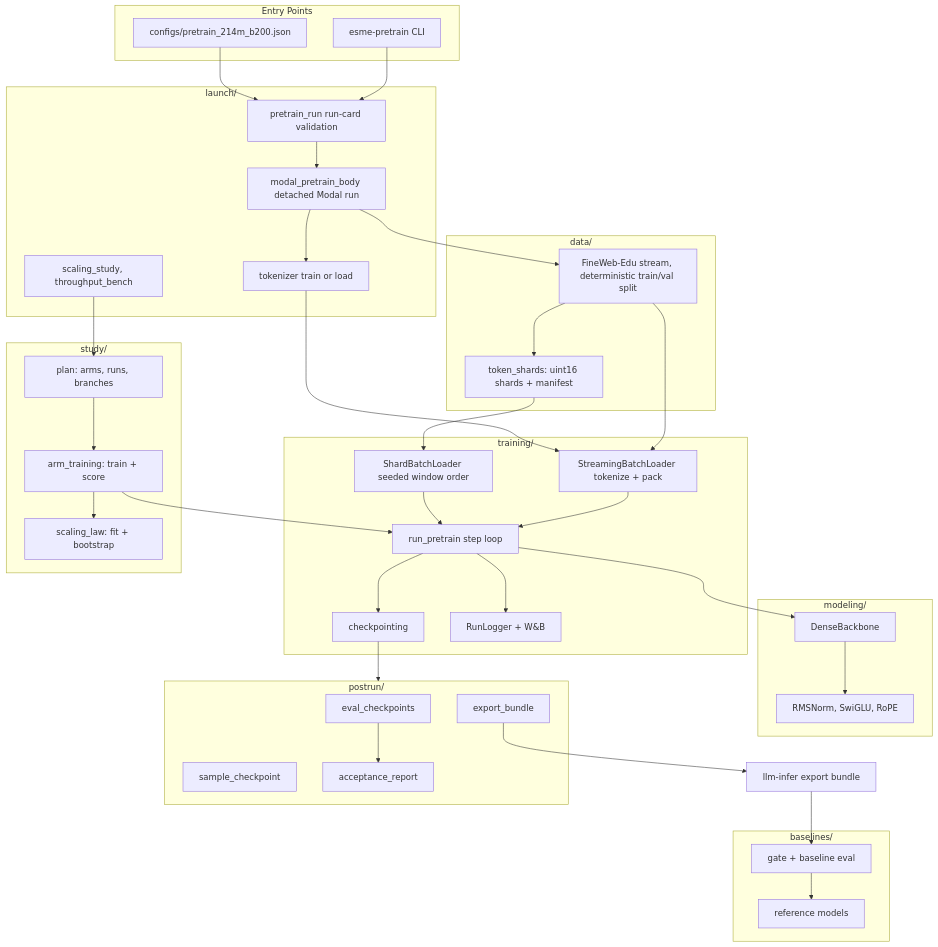
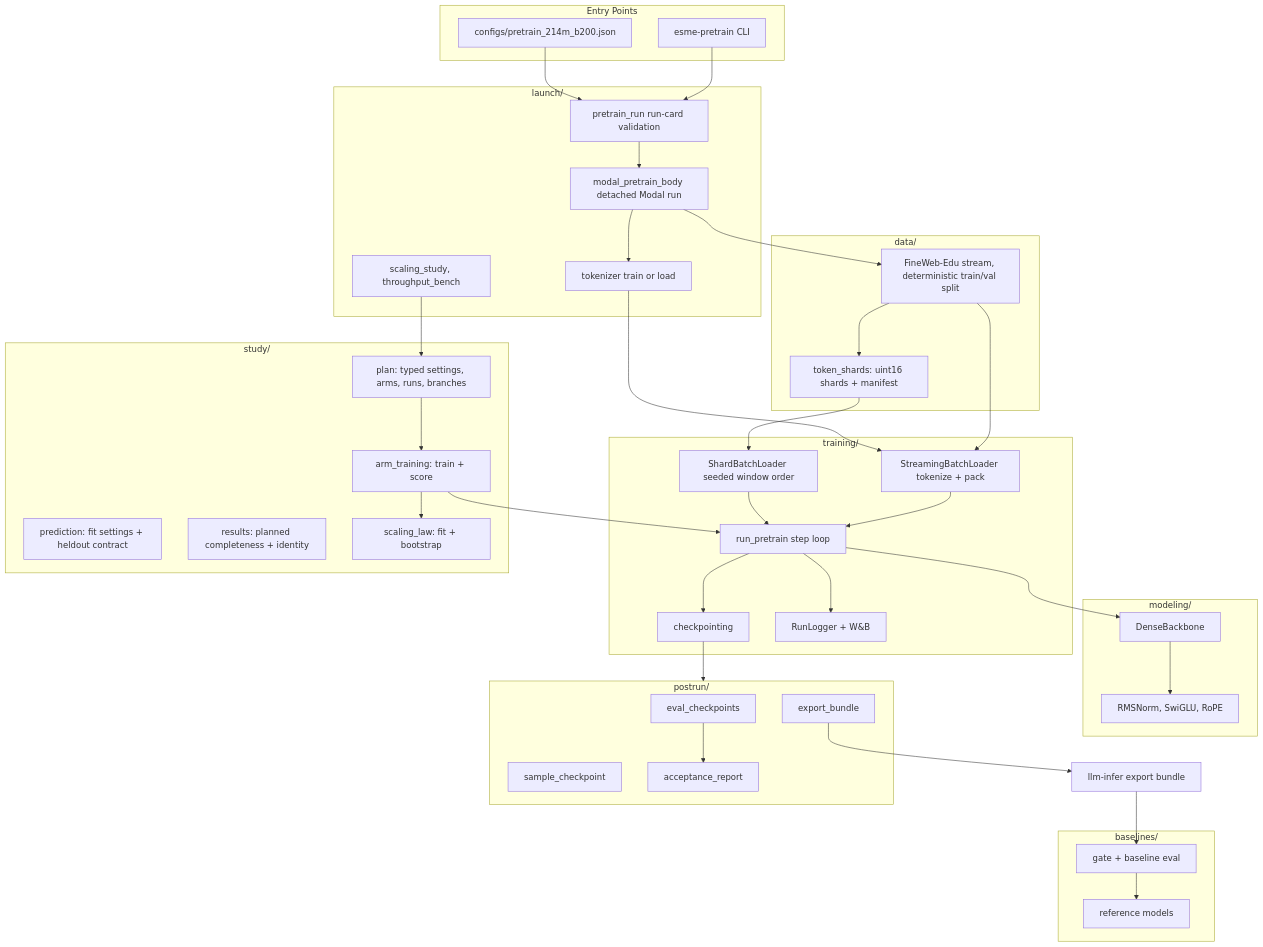
Before and after one commit to adamthuvesen/esme-pretrain: the diagram in docs/architecture.md, drawn with Mermaid. The commit also changed other lines of this file and 58 other files, not shown here.

````diff
--- a/docs/architecture.md
+++ b/docs/architecture.md
@@ -10,77 +10,79 @@
 ```mermaid
 flowchart TB
     subgraph entry [Entry Points]
         CLI["esme-pretrain CLI"]
         Card["configs/pretrain_214m_b200.json"]
     end
 
     subgraph launch [launch/]
         Validate["pretrain_run run-card validation"]
         Body["modal_pretrain_body detached Modal run"]
         Tok["tokenizer train or load"]
         StudyLaunch["scaling_study, throughput_bench"]
     end
 
     subgraph data [data/]
         Corpus["FineWeb-Edu stream, deterministic train/val split"]
         Shards["token_shards: uint16 shards + manifest"]
     end
 
     subgraph training [training/]
         Stream["StreamingBatchLoader tokenize + pack"]
         ShardLoader["ShardBatchLoader seeded window order"]
         Loop["run_pretrain step loop"]
         Ckpt["checkpointing"]
         Metrics["RunLogger + W&B"]
     end
 
     subgraph study [study/]
-        Plan["plan: arms, runs, branches"]
+        Plan["plan: typed settings, arms, runs, branches"]
+        Prediction["prediction: fit settings + heldout contract"]
+        Results["results: planned completeness + identity"]
         Arm["arm_training: train + score"]
         Law["scaling_law: fit + bootstrap"]
     end
 
     subgraph modeling [modeling/]
         Backbone["DenseBackbone"]
         Layers["RMSNorm, SwiGLU, RoPE"]
     end
 
     subgraph postrun [postrun/]
         Eval["eval_checkpoints"]
         Sample["sample_checkpoint"]
         Accept["acceptance_report"]
         Export["export_bundle"]
     end
 
     subgraph baselines [baselines/]
         Harness["gate + baseline eval"]
         Refs["reference models"]
     end
 
     Bundle["llm-infer export bundle"]
 
     CLI --> Validate
     Card --> Validate
     Validate --> Body
     Body --> Tok
     Body --> Corpus
     Corpus --> Stream
     Tok --> Stream
     Stream --> Loop
     Corpus --> Shards
     Shards --> ShardLoader
     ShardLoader --> Loop
     StudyLaunch --> Plan
     Plan --> Arm
     Arm --> Loop
     Arm --> Law
     Loop --> Backbone
     Backbone --> Layers
     Loop --> Ckpt
     Loop --> Metrics
     Ckpt --> postrun
     Eval --> Accept
     Export --> Bundle
     Bundle --> Harness
     Harness --> Refs
 ```
````
